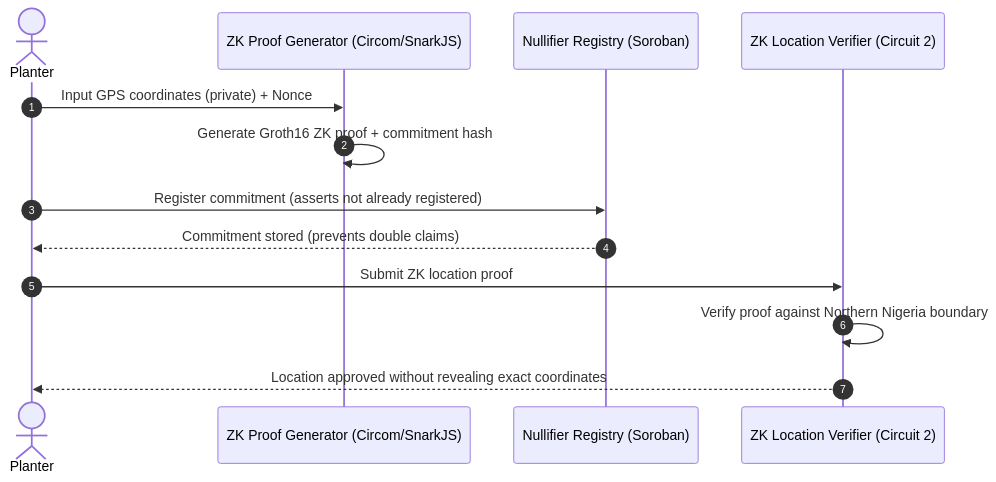
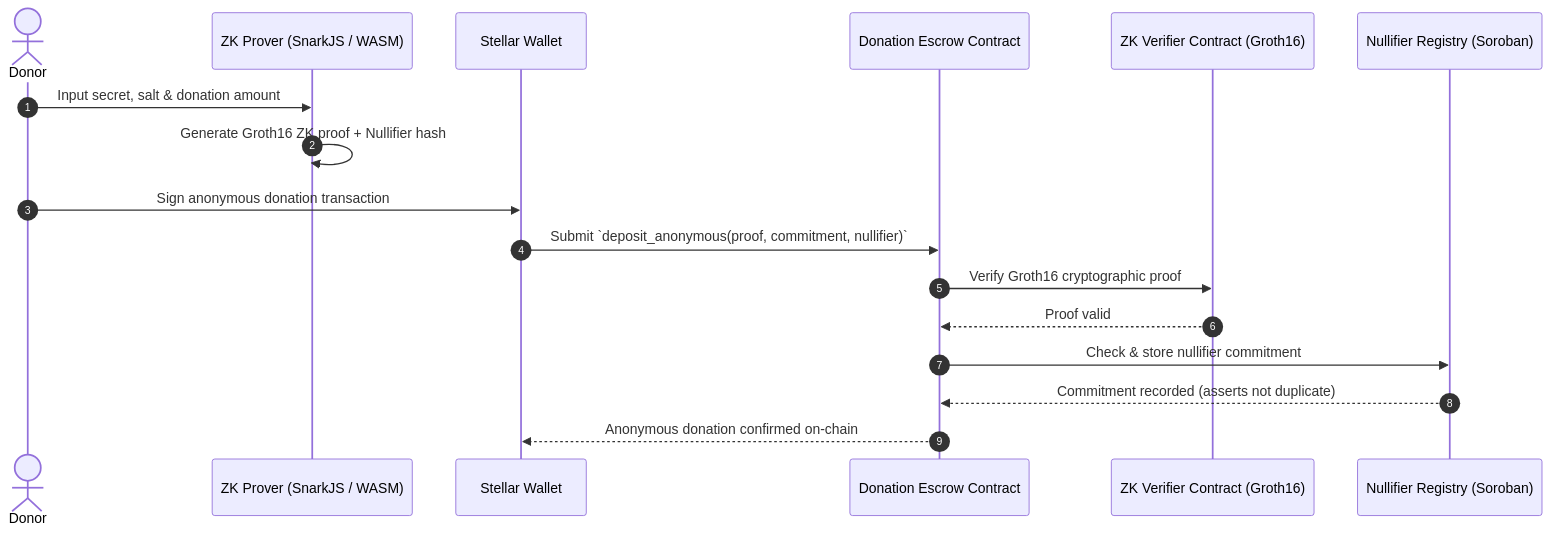
One commit to Farm-credit/stellar-app-os changed the fourth of 4 diagrams in ARCHITECTURE.md. Above: the diagram before and after it, drawn with Mermaid. The commit also changed other lines of this file and 3 other files, not shown here.

Commit message:
docs(architecture): Update C4 diagrams - reflect current system design (#1184)

````diff
--- a/ARCHITECTURE.md
+++ b/ARCHITECTURE.md
@@ -130,16 +141,20 @@
 ```mermaid
 sequenceDiagram
     autonumber
-    actor Planter
-    participant ZkService as ZK Proof Generator (Circom/SnarkJS)
+    actor Donor
+    participant ZkProver as ZK Prover (SnarkJS / WASM)
+    participant Wallet as Stellar Wallet
+    participant Escrow as Donation Escrow Contract
+    participant ZkVerifier as ZK Verifier Contract (Groth16)
     participant NullifierContract as Nullifier Registry (Soroban)
-    participant ZkLocationContract as ZK Location Verifier (Circuit 2)
 
-    Planter->>ZkService: Input GPS coordinates (private) + Nonce
-    ZkService->>ZkService: Generate Groth16 ZK proof + commitment hash
-    Planter->>NullifierContract: Register commitment (asserts not already registered)
-    NullifierContract-->>Planter: Commitment stored (prevents double claims)
-    Planter->>ZkLocationContract: Submit ZK location proof
-    ZkLocationContract->>ZkLocationContract: Verify proof against Northern Nigeria boundary
-    ZkLocationContract-->>Planter: Location approved without revealing exact coordinates
+    Donor->>ZkProver: Input secret, salt & donation amount
+    ZkProver->>ZkProver: Generate Groth16 ZK proof + Nullifier hash
+    Donor->>Wallet: Sign anonymous donation transaction
+    Wallet->>Escrow: Submit `deposit_anonymous(proof, commitment, nullifier)`
+    Escrow->>ZkVerifier: Verify Groth16 cryptographic proof
+    ZkVerifier-->>Escrow: Proof valid
+    Escrow->>NullifierContract: Check & store nullifier commitment
+    NullifierContract-->>Escrow: Commitment recorded (asserts not duplicate)
+    Escrow-->>Wallet: Anonymous donation confirmed on-chain
 ```
````
